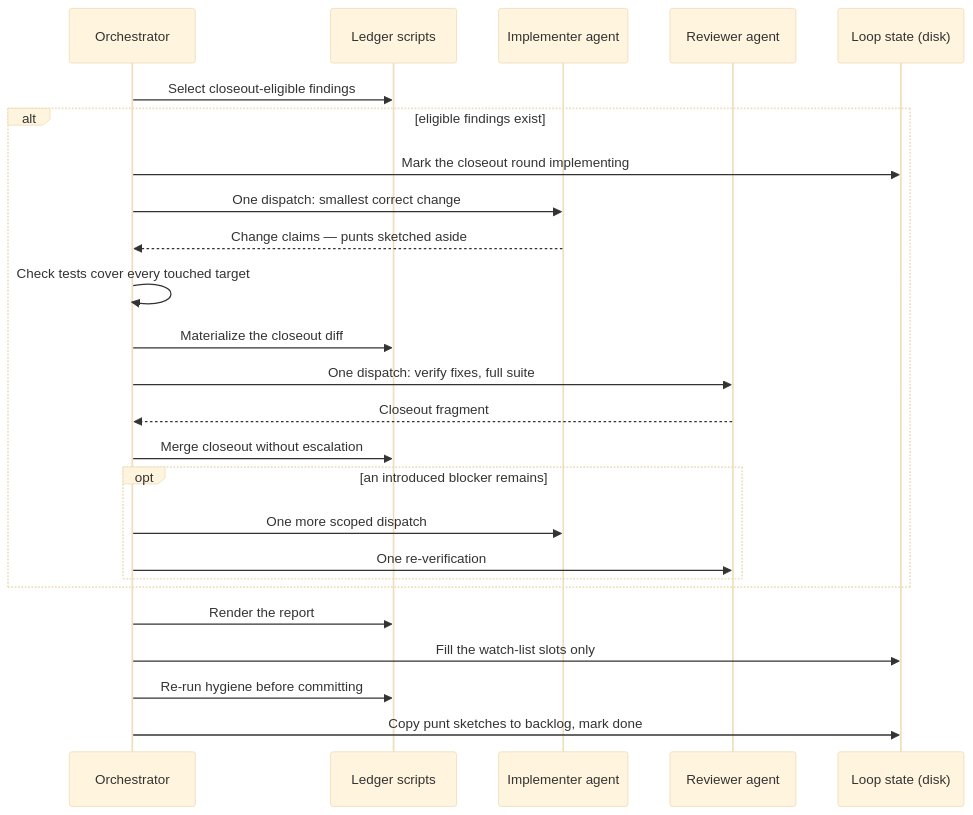
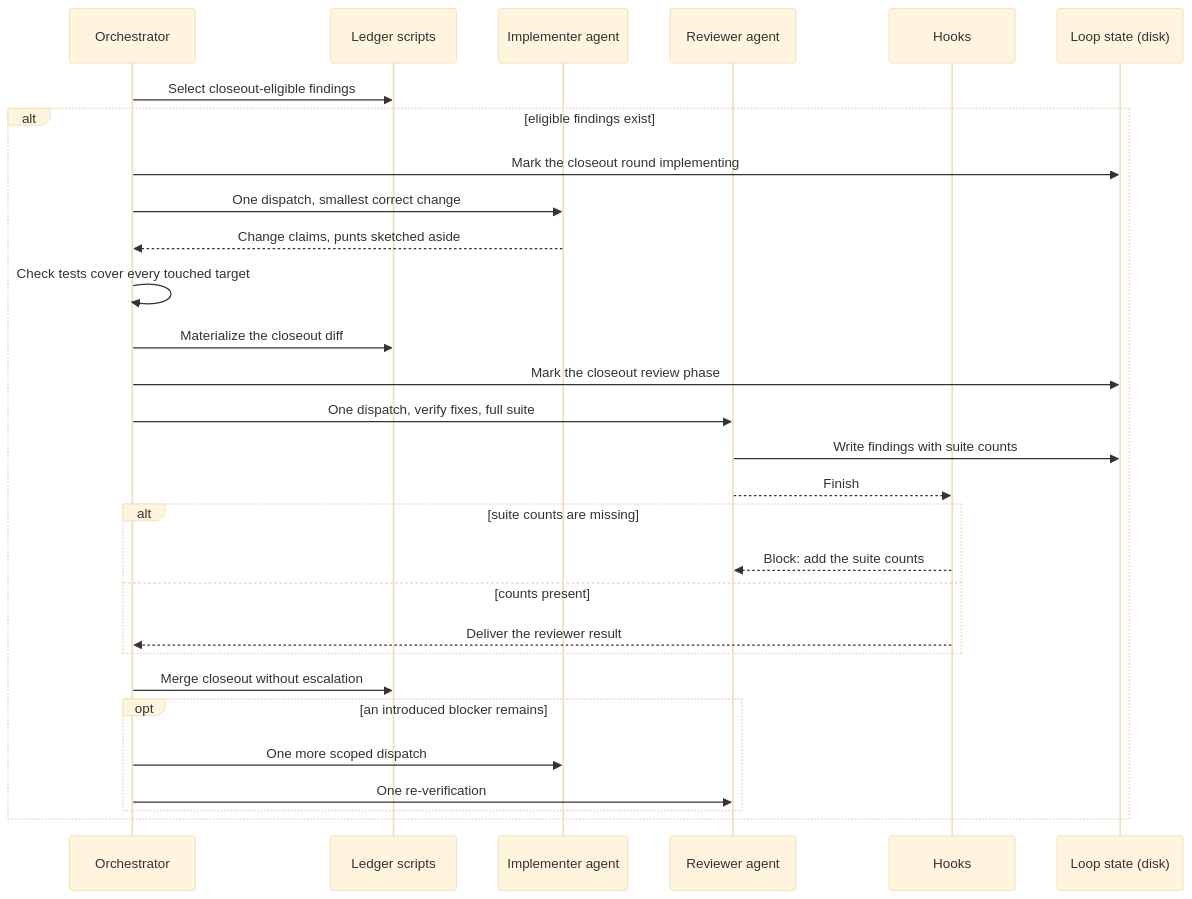
Diagram 17 of 30 in docs/architecture/review-loop-tools.md (peterlit/quiller-claude-plugins), drawn with Mermaid (base theme) before and after one commit. The commit also changed other lines of this file and 5 other files, not shown here.

````diff
--- a/docs/architecture/review-loop-tools.md
+++ b/docs/architecture/review-loop-tools.md
@@ -908,28 +1551,32 @@
 ```mermaid
 sequenceDiagram
     participant O as Orchestrator
     participant L as Ledger scripts
     participant I as Implementer agent
     participant R as Reviewer agent
+    participant K as Hooks
     participant S as Loop state (disk)
 
     O->>L: Select closeout-eligible findings
     alt eligible findings exist
         O->>S: Mark the closeout round implementing
-        O->>I: One dispatch: smallest correct change
-        I-->>O: Change claims — punts sketched aside
+        O->>I: One dispatch, smallest correct change
+        I-->>O: Change claims, punts sketched aside
         O->>O: Check tests cover every touched target
         O->>L: Materialize the closeout diff
-        O->>R: One dispatch: verify fixes, full suite
-        R-->>O: Closeout fragment
+        O->>S: Mark the closeout review phase
+        O->>R: One dispatch, verify fixes, full suite
+        R->>S: Write findings with suite counts
+        R-->>K: Finish
+        alt suite counts are missing
+            K-->>R: Block: add the suite counts
+        else counts present
+            K-->>O: Deliver the reviewer result
+        end
         O->>L: Merge closeout without escalation
         opt an introduced blocker remains
             O->>I: One more scoped dispatch
             O->>R: One re-verification
         end
     end
-    O->>L: Render the report
-    O->>S: Fill the watch-list slots only
-    O->>L: Re-run hygiene before committing
-    O->>S: Copy punt sketches to backlog, mark done
 ```
````
